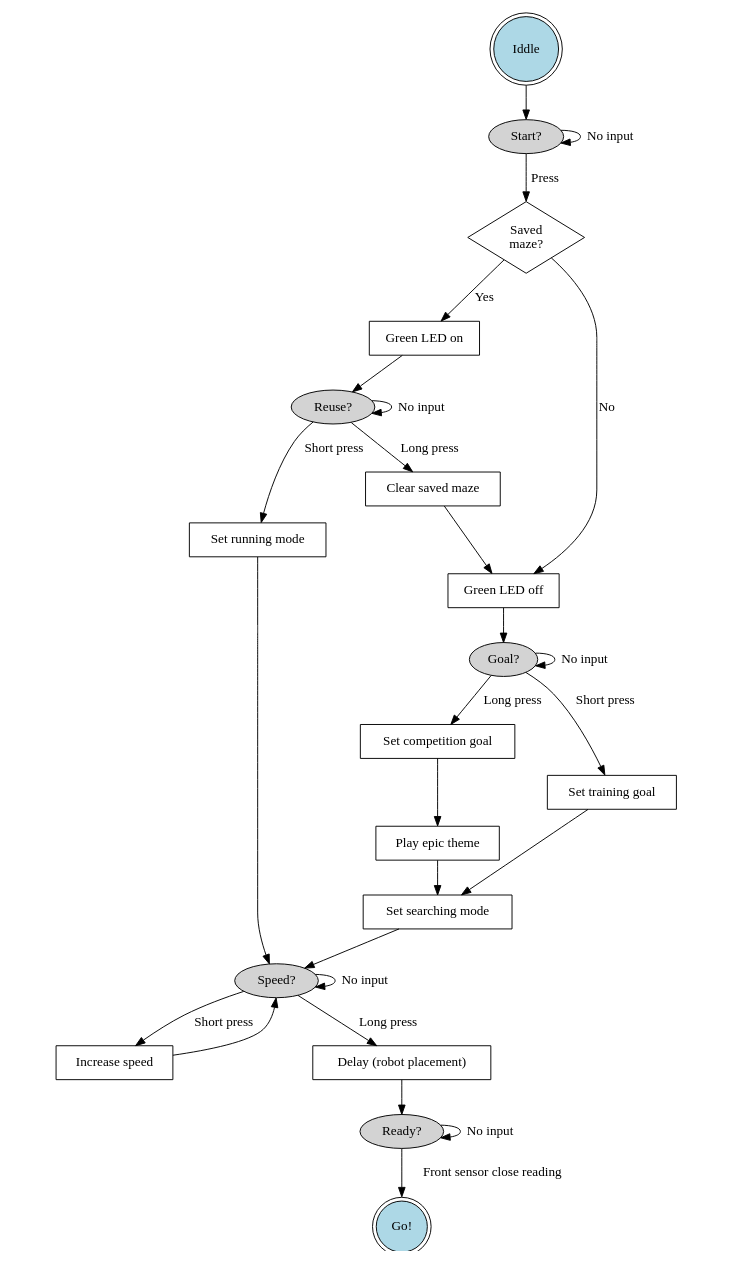
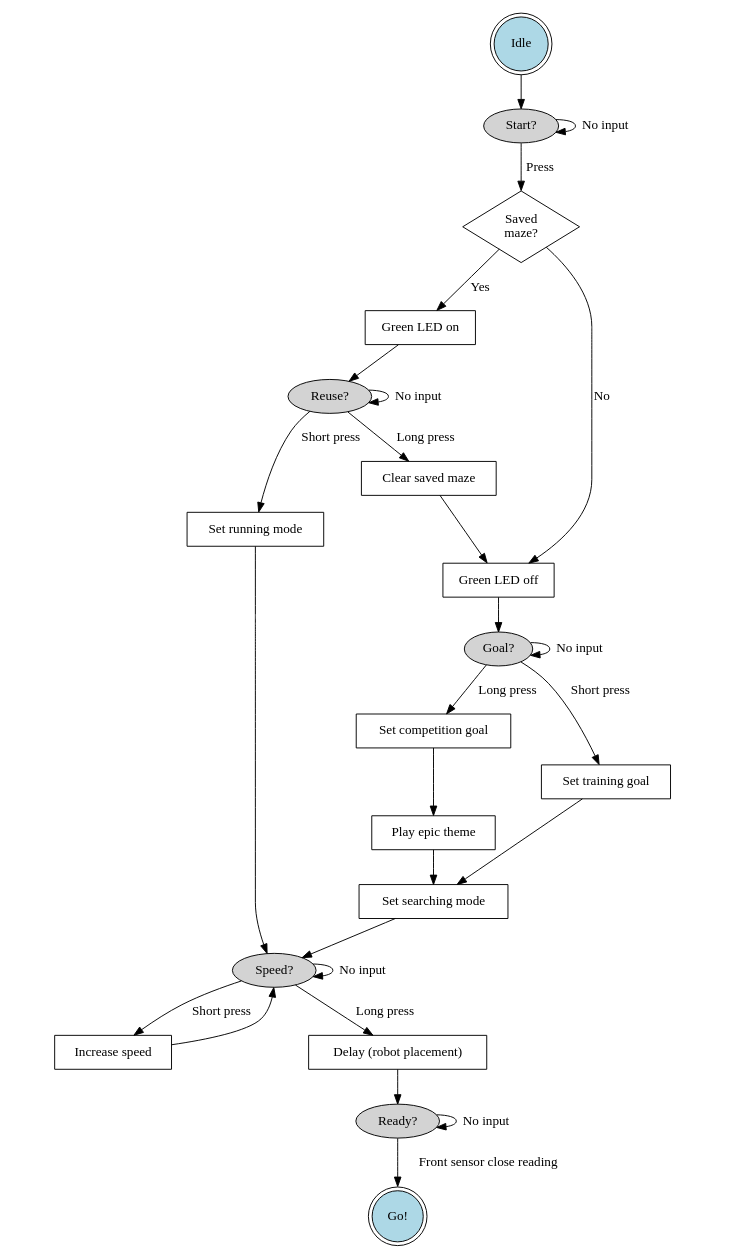
Before and after one commit to Bulebots/bulebule: the diagram in docs/source/setup.rst, drawn with Graphviz. The commit also changed other lines of this file and 1 other file, not shown here.

Commit message:
Go back to idle after run/search

```diff
--- a/docs/source/setup.rst
+++ b/docs/source/setup.rst
@@ -23,35 +23,35 @@
 .. graphviz::
 
    digraph finite_state_machine {
        size="8,14"; ratio = fill;
-       node [shape = doublecircle,style=filled,fillcolor=lightblue]; Iddle "Go!";
+       node [shape = doublecircle,style=filled,fillcolor=lightblue]; Idle "Go!";
        node [shape = diamond,style=filled,fillcolor=white]; "Saved\nmaze?";
        node [shape = ellipse,style=filled,fillcolor=lightgrey]; "Start?" "Reuse?" "Goal?" "Speed?" "Ready?";
        node [shape = box,style=filled,fillcolor=white];
-       Iddle -> "Start?";
+       Idle -> "Start?";
        "Start?" -> "Start?" [ label = "No input" ];
        "Start?" -> "Saved\nmaze?" [ label = "Press" ];
        "Saved\nmaze?" -> "Green LED on" [ label = "Yes" ];
        "Saved\nmaze?" -> "Green LED off" [ label = "No" ];
        "Green LED on" -> "Reuse?";
        "Reuse?" -> "Reuse?" [ label = "No input" ];
        "Reuse?" -> "Clear saved maze" [ label = "Long press" ];
        "Reuse?" -> "Set running mode" [ label = "Short press" ];
        "Set running mode" -> "Speed?";
        "Clear saved maze" -> "Green LED off";
        "Green LED off" -> "Goal?";
        "Goal?" -> "Goal?" [ label = "No input" ];
        "Goal?" -> "Set training goal" [ label = "Short press" ];
        "Goal?" -> "Set competition goal" [ label = "Long press" ];
        "Set competition goal" -> "Play epic theme";
        "Set training goal" -> "Set searching mode";
        "Play epic theme" -> "Set searching mode";
        "Set searching mode" -> "Speed?";
        "Speed?" -> "Speed?" [ label = "No input" ];
        "Speed?" -> "Increase speed" [ label = "Short press" ];
        "Increase speed" -> "Speed?";
        "Speed?" -> "Delay (robot placement)" [ label = "Long press" ];
        "Delay (robot placement)" -> "Ready?";
        "Ready?" -> "Ready?" [ label = "No input" ];
        "Ready?" -> "Go!" [ label = "Front sensor close reading" ];
    }
```
